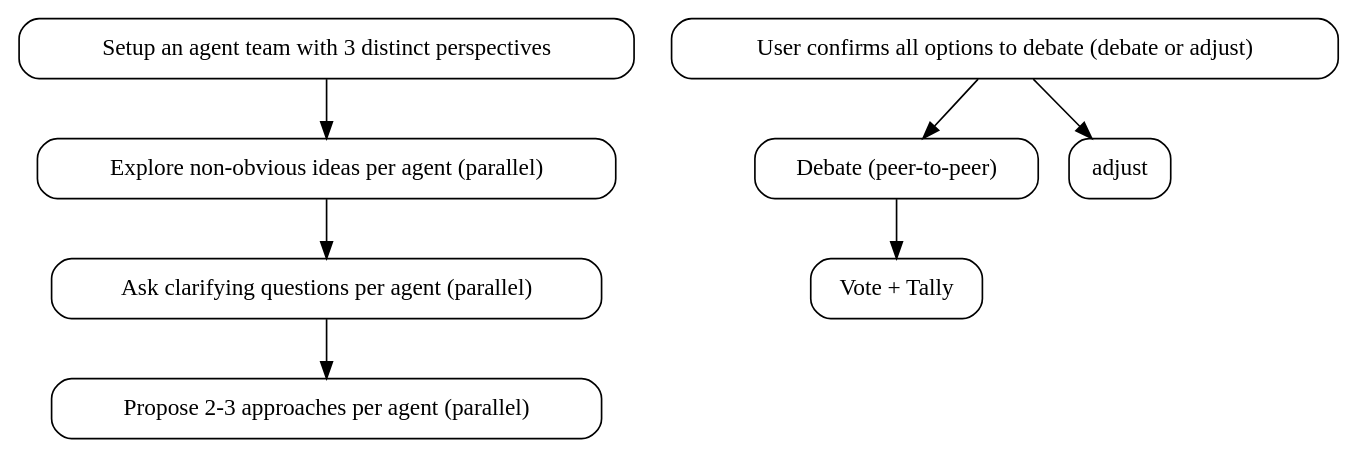
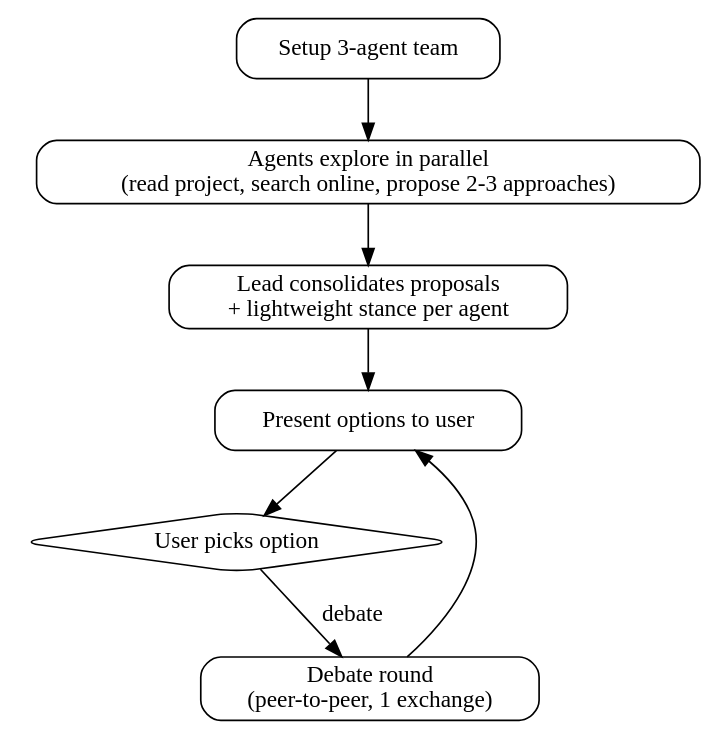
One commit to vinta/hal-9000 changed the diagram in skills/magi/SKILL.md. Above: the diagram before and after it, drawn with Graphviz. The commit also changed other lines of this file, not shown here.

First line of the commit message:
refactor(magi): streamline workflow to consolidate-then-debate model

````diff
--- a/skills/magi/SKILL.md
+++ b/skills/magi/SKILL.md
@@ -28,20 +34,20 @@
 ```dot
 digraph magi {
     rankdir=TB;
     node [shape=box, style=rounded];
 
-    setup [label="Setup an agent team with 3 distinct perspectives"];
-    explore [label="Explore non-obvious ideas per agent (parallel)"];
-    ask [label="Ask clarifying questions per agent (parallel)"];
-    propose [label="Propose 2-3 approaches per agent (parallel)"];
-    confirm [label="User confirms all options to debate (debate or adjust)"];
-    debate [label="Debate (peer-to-peer)"];
-    vote [label="Vote + Tally"];
+    setup [label="Setup 3-agent team"];
+    explore [label="Agents explore in parallel\n(read project, search online, propose 2-3 approaches)"];
+    consolidate [label="Lead consolidates proposals\n+ lightweight stance per agent"];
+    present [label="Present options to user"];
+    decide [label="User picks option" shape=diamond];
+    debate [label="Debate round\n(peer-to-peer, 1 exchange)"];
 
     setup -> explore;
-    explore -> ask -> propose;
-    confirm -> debate;
-    confirm -> adjust;
-    debate -> vote;
+    explore -> consolidate;
+    consolidate -> present;
+    present -> decide;
+    decide -> debate [label="debate"];
+    debate -> present;
 }
 ```
````
